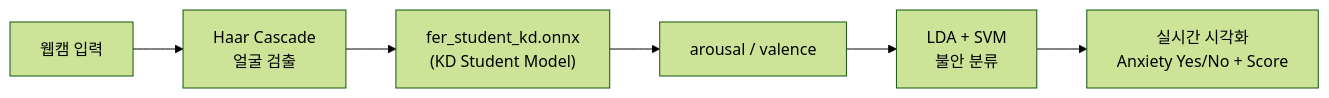
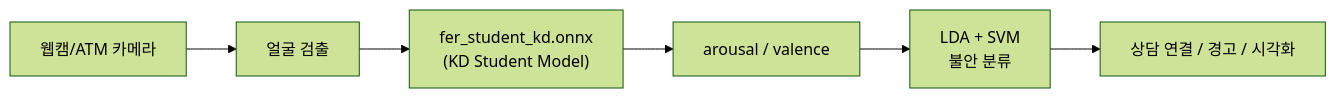
Before and after one commit to sukoji/emonet-anxiety-detection: the diagram in README.md, drawn with Mermaid (forest theme). The commit also changed other lines of this file and 5 other files, not shown here.

````diff
--- a/README.md
+++ b/README.md
@@ -49,8 +58,8 @@
 ```mermaid
 flowchart LR
-    CAM["웹캠 입력"] --> FACE["Haar Cascade\n얼굴 검출"]
-    FACE --> ONNX["fer_student_kd.onnx\n(KD Student Model)"]
-    ONNX --> AV["arousal / valence"]
+    CAM["웹캠/ATM 카메라"] --> FACE["얼굴 검출"]
+    FACE --> KD["fer_student_kd.onnx\n(KD Student Model)"]
+    KD --> AV["arousal / valence"]
     AV --> LDA["LDA + SVM\n불안 분류"]
-    LDA --> UI["실시간 시각화\nAnxiety Yes/No + Score"]
+    LDA --> ACT["상담 연결 / 경고 / 시각화"]
 ```
````
